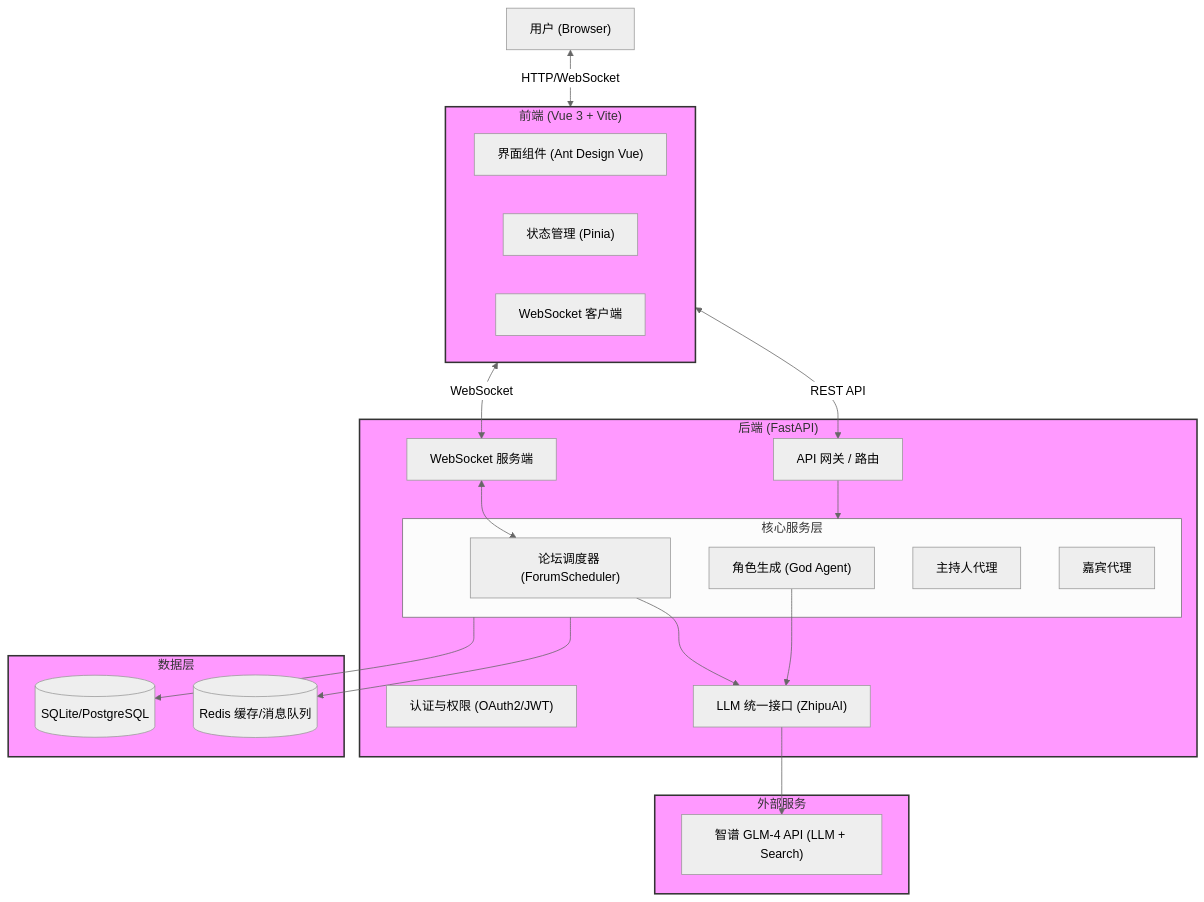
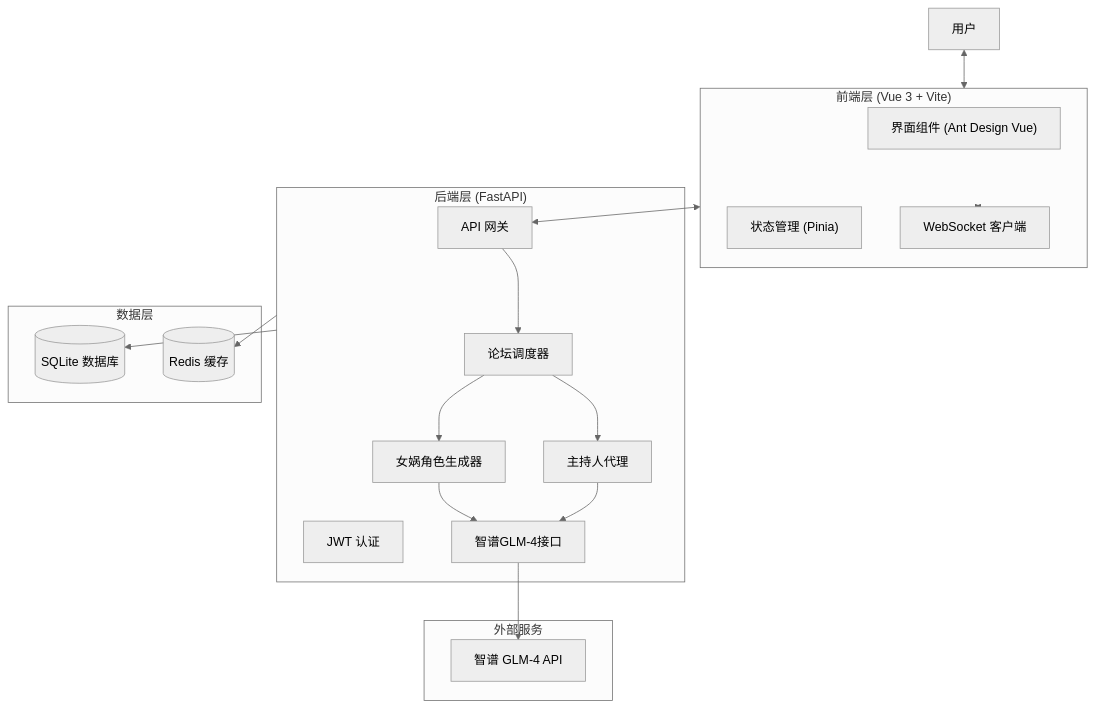
One commit to COLWHR/ZhiDu changed the diagram in README.md. Above: the diagram before and after it, drawn with Mermaid (neutral theme). The commit also changed other lines of this file, not shown here.

Commit message:
feat: 更新登录注册页图标和配色方案

````diff
--- a/README.md
+++ b/README.md
@@ -43,52 +49,40 @@
 ```mermaid
 graph TD
-    User["用户 (Browser)"]
+    User["用户"]
     
-    subgraph Frontend ["前端 (Vue 3 + Vite)"]
+    subgraph Frontend ["前端层 (Vue 3 + Vite)"]
         UI["界面组件 (Ant Design Vue)"]
         Store["状态管理 (Pinia)"]
-        WS_Client["WebSocket 客户端"]
+        WS["WebSocket 客户端"]
     end
     
-    subgraph Backend ["后端 (FastAPI)"]
-        API["API 网关 / 路由"]
-        Auth["认证与权限 (OAuth2/JWT)"]
-        
-        subgraph Services ["核心服务层"]
-            Scheduler["论坛调度器 (ForumScheduler)"]
-            GodAgent["角色生成 (God Agent)"]
-            Moderator["主持人代理"]
-            Participant["嘉宾代理"]
-        end
-        
-        WS_Server["WebSocket 服务端"]
-        LLM_Client["LLM 统一接口 (ZhipuAI)"]
+    subgraph Backend ["后端层 (FastAPI)"]
+        API["API 网关"]
+        Auth["JWT 认证"]
+        Scheduler["论坛调度器"]
+        GodAgent["女娲角色生成器"]
+        Moderator["主持人代理"]
+        LLM["智谱GLM-4接口"]
     end
     
     subgraph Data ["数据层"]
-        SQLite[("SQLite/PostgreSQL")]
-        Redis[("Redis 缓存/消息队列")]
+        SQLite[("SQLite 数据库")]
+        Redis[("Redis 缓存")]
     end
     
     subgraph External ["外部服务"]
-        GLM4["智谱 GLM-4 API (LLM + Search)"]
+        GLM4["智谱 GLM-4 API"]
     end
-    
-    User <-->|HTTP/WebSocket| Frontend
-    Frontend <-->|REST API| API
-    Frontend <-->|WebSocket| WS_Server
-    
-    API --> Services
-    WS_Server <--> Scheduler
-    
-    Scheduler --> LLM_Client
-    GodAgent --> LLM_Client
-    
-    LLM_Client --> GLM4
-    
-    Services --> SQLite
-    Services --> Redis
-    
-    classDef box fill:#f9f,stroke:#333,stroke-width:2px;
-    class Frontend,Backend,Data,External box;
+
+    User <--> Frontend
+    Frontend <--> API
+    Frontend <--> WS
+    API --> Scheduler
+    Scheduler --> GodAgent
+    Scheduler --> Moderator
+    GodAgent --> LLM
+    Moderator --> LLM
+    LLM --> GLM4
+    Backend --> SQLite
+    Backend --> Redis
 ```
````
